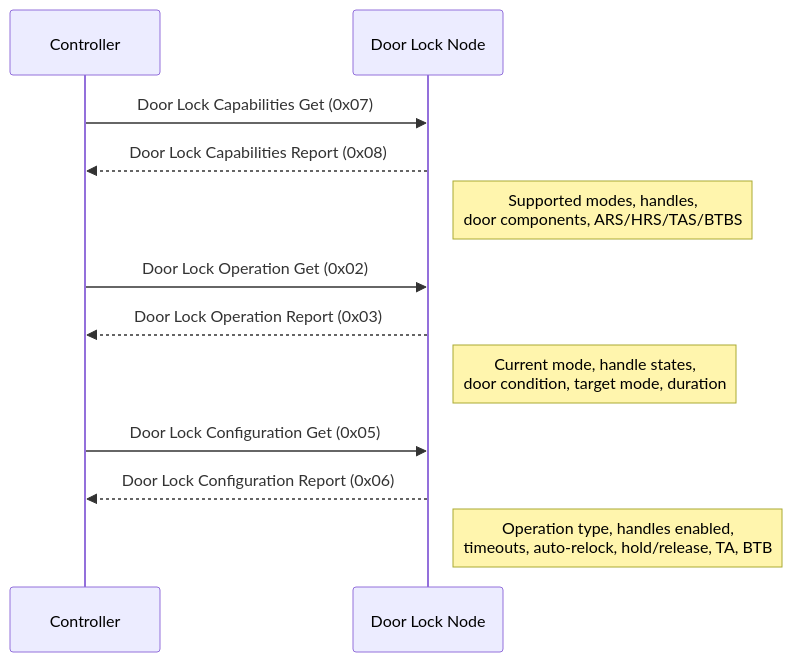
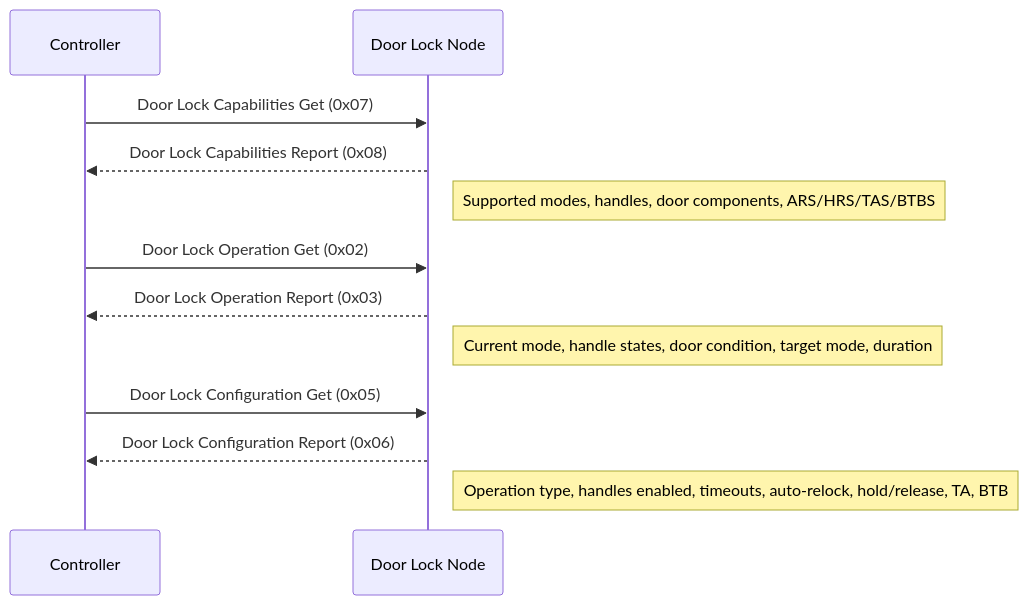
Before and after one commit to SiliconLabsSoftware/z-wave-protocol-controller: the diagram in components/command_classes/command_class_door_lock/doc/command_class_door_lock.md, drawn with Mermaid. The commit also changed 14 other files, not shown here.

First line of the commit message:
#100: Fix invalid mermaid diagrams and add CI checks (#104)

````diff
--- a/components/command_classes/command_class_door_lock/doc/command_class_door_lock.md
+++ b/components/command_classes/command_class_door_lock/doc/command_class_door_lock.md
@@ -30,17 +30,17 @@
 ```mermaid
 sequenceDiagram
     participant Controller
     participant DoorLockNode as Door Lock Node
 
     Controller->>DoorLockNode: Door Lock Capabilities Get (0x07)
     DoorLockNode-->>Controller: Door Lock Capabilities Report (0x08)
-    Note right of DoorLockNode: Supported modes, handles,<br/>door components, ARS/HRS/TAS/BTBS
+    Note right of DoorLockNode: Supported modes, handles, door components, ARS/HRS/TAS/BTBS
 
     Controller->>DoorLockNode: Door Lock Operation Get (0x02)
     DoorLockNode-->>Controller: Door Lock Operation Report (0x03)
-    Note right of DoorLockNode: Current mode, handle states,<br/>door condition, target mode, duration
+    Note right of DoorLockNode: Current mode, handle states, door condition, target mode, duration
 
     Controller->>DoorLockNode: Door Lock Configuration Get (0x05)
     DoorLockNode-->>Controller: Door Lock Configuration Report (0x06)
-    Note right of DoorLockNode: Operation type, handles enabled,<br/>timeouts, auto-relock, hold/release, TA, BTB
+    Note right of DoorLockNode: Operation type, handles enabled, timeouts, auto-relock, hold/release, TA, BTB
 ```
````
